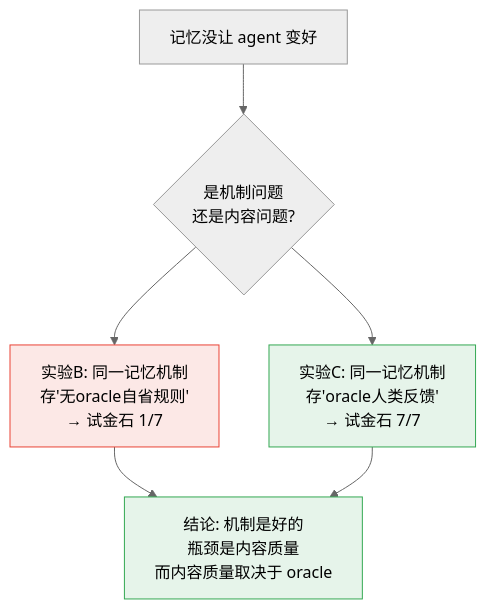
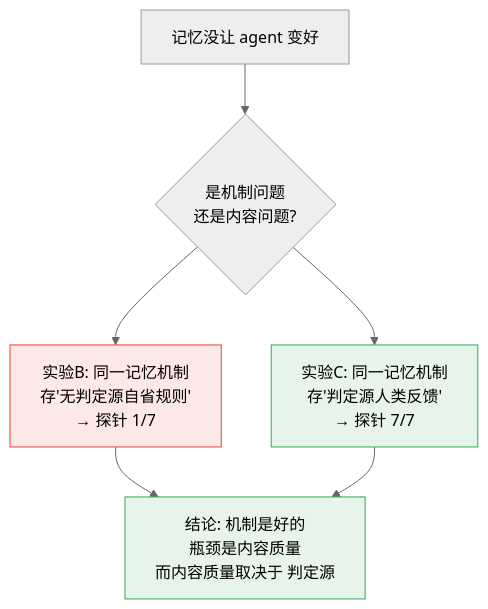
Before and after one commit to dashjim/agentcore-memory-loop: the second of 2 diagrams in docs/记忆能让Agent越跑越好吗.md, drawn with Mermaid (neutral theme). The commit also changed other lines of this file and 1 other file, not shown here.

Commit message:
docs: 术语中文化 试金石→探针、oracle→判定源；修 GT 替换遗留冗余(blog + PPT)

````diff
--- a/docs/记忆能让Agent越跑越好吗.md
+++ b/docs/记忆能让Agent越跑越好吗.md
@@ -159,11 +159,11 @@
 ```mermaid
 flowchart TD
   Q["记忆没让 agent 变好"] --> A{"是机制问题<br/>还是内容问题?"}
-  A --> B["实验B: 同一记忆机制<br/>存'无oracle自省规则'<br/>→ 试金石 1/7"]
-  A --> C["实验C: 同一记忆机制<br/>存'oracle人类反馈'<br/>→ 试金石 7/7"]
-  B --> R["结论: 机制是好的<br/>瓶颈是内容质量<br/>而内容质量取决于 oracle"]
+  A --> B["实验B: 同一记忆机制<br/>存'无判定源自省规则'<br/>→ 探针 1/7"]
+  A --> C["实验C: 同一记忆机制<br/>存'判定源人类反馈'<br/>→ 探针 7/7"]
+  B --> R["结论: 机制是好的<br/>瓶颈是内容质量<br/>而内容质量取决于 判定源"]
   C --> R
   classDef good fill:#e6f4ea,stroke:#34a853;
   classDef bad fill:#fce8e6,stroke:#ea4335;
   class C,R good; class B bad;
 ```
````
